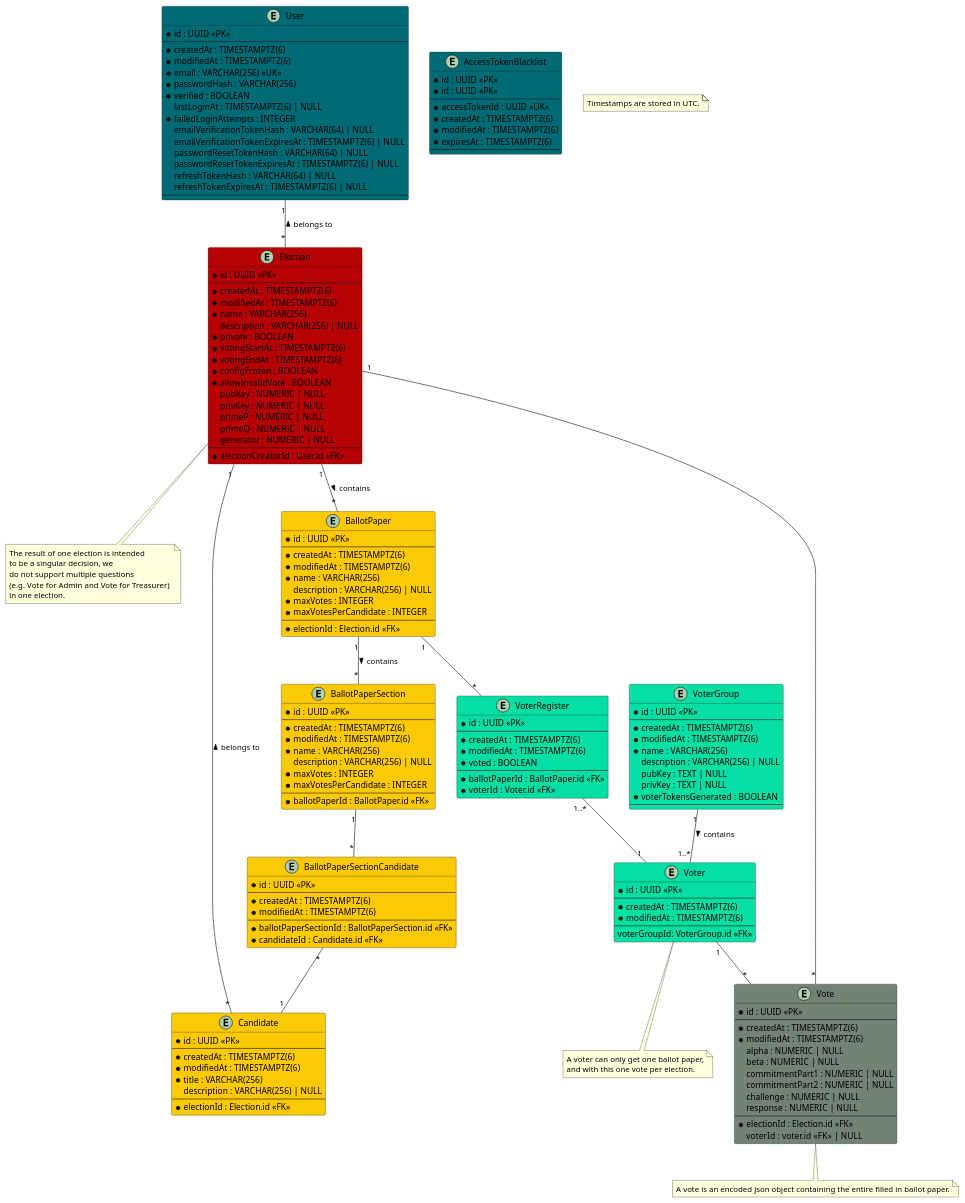
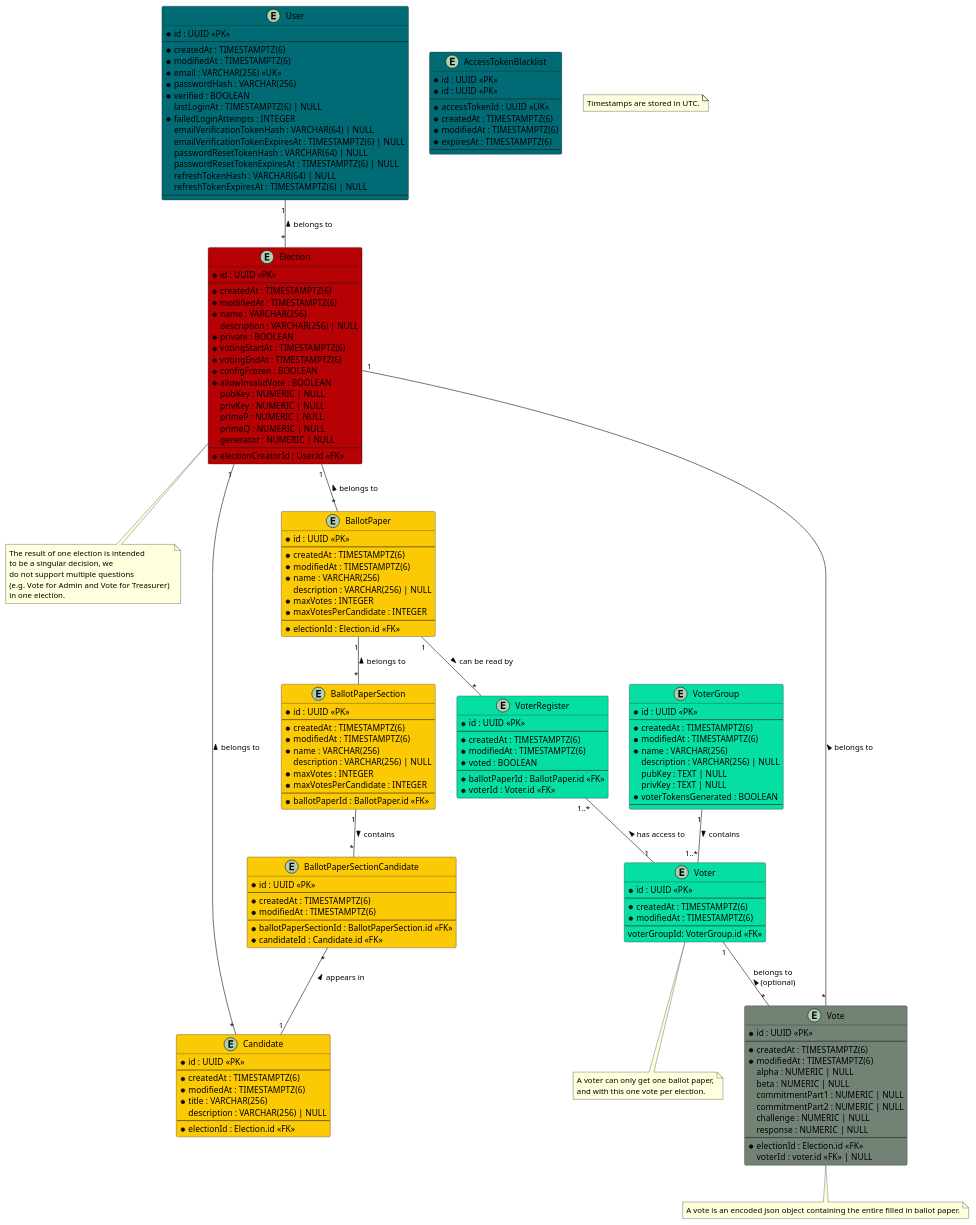
One commit to SE-UUlm/votura changed the diagram in apps/docs/static/uml/dataModel.puml. Above: the diagram before and after it, drawn with PlantUML. The commit also changed 4 other files, not shown here.

```diff
--- a/apps/docs/static/uml/dataModel.puml
+++ b/apps/docs/static/uml/dataModel.puml
@@ -1,194 +1,194 @@
 @startuml dataModel
 
 entity "User" as user #006b75 {
     * id : UUID <<PK>>
     --
     * createdAt : TIMESTAMPTZ(6)
     * modifiedAt : TIMESTAMPTZ(6)
     * email : VARCHAR(256) <<UK>>
     * passwordHash : VARCHAR(256)
     * verified : BOOLEAN
     lastLoginAt : TIMESTAMPTZ(6) | NULL
     ' failed login attempts get reset on successful login
     * failedLoginAttempts : INTEGER
     emailVerificationTokenHash : VARCHAR(64) | NULL
     emailVerificationTokenExpiresAt : TIMESTAMPTZ(6) | NULL
     passwordResetTokenHash : VARCHAR(64) | NULL
     passwordResetTokenExpiresAt : TIMESTAMPTZ(6) | NULL
     refreshTokenHash : VARCHAR(64) | NULL
     refreshTokenExpiresAt : TIMESTAMPTZ(6) | NULL
     --
 }
 
 entity "AccessTokenBlacklist" as jwtBlacklist #006b75 {
     ' this table is used to store blacklisted access tokens
     ' The jti is 36 characters long if we use UUIDv4
     * id : UUID <<PK>>
     * id : UUID <<PK>>
     --
     * accessTokenId : UUID <<UK>>
     * createdAt : TIMESTAMPTZ(6)
     * modifiedAt : TIMESTAMPTZ(6)
     * expiresAt : TIMESTAMPTZ(6)
     --
 }
 
 entity "Election" as elections #b60205 {
     * id : UUID <<PK>>
     --
     * createdAt : TIMESTAMPTZ(6)
     * modifiedAt : TIMESTAMPTZ(6)
     * name : VARCHAR(256)
     description : VARCHAR(256) | NULL
     * private : BOOLEAN
     * votingStartAt : TIMESTAMPTZ(6)
     * votingEndAt : TIMESTAMPTZ(6)
     * configFrozen : BOOLEAN
     * allowInvalidVote : BOOLEAN
     ' Is there a use case for `votesCounted`?
     ' * votesCounted : BOOLEAN
     ' * votesCounted : BOOLEAN
     ' Computed values such as validVotes and invalidVotes are critical - do we really want to store them?
     ' validVotes : NUMERIC | NULL
     ' invalidVotes : NUMERIC | NULL
     pubKey : NUMERIC | NULL
     privKey : NUMERIC | NULL
     primeP : NUMERIC | NULL
     primeQ : NUMERIC | NULL
     generator : NUMERIC | NULL
     --
     * electionCreatorId : User.id <<FK>>
 }
 
 note as N2
 The result of one election is intended 
 to be a singular decision, we 
 do not support multiple questions 
 (e.g. Vote for Admin and Vote for Treasurer) 
 in one election.
 end note
 
 entity "BallotPaper" as ballotPapers #fbca04 {
     * id : UUID <<PK>>
     --
     * createdAt : TIMESTAMPTZ(6)
     * modifiedAt : TIMESTAMPTZ(6)
     * name : VARCHAR(256)
     description : VARCHAR(256) | NULL
     * maxVotes : INTEGER
     * maxVotesPerCandidate : INTEGER
     --
     * electionId : Election.id <<FK>>
 }
 
 entity "BallotPaperSection" as ballotPaperSections #fbca04 {
     * id : UUID <<PK>>
     --
     * createdAt : TIMESTAMPTZ(6)
     * modifiedAt : TIMESTAMPTZ(6)
     * name : VARCHAR(256)
     description : VARCHAR(256) | NULL
     * maxVotes : INTEGER
     * maxVotesPerCandidate : INTEGER
     --
     * ballotPaperId : BallotPaper.id <<FK>>
 }
 
 entity "BallotPaperSectionCandidate" as ballotPaperSectionCandidates #fbca04 {
     * id : UUID <<PK>>
     --
     * createdAt : TIMESTAMPTZ(6)
     * modifiedAt : TIMESTAMPTZ(6)
     --
     * ballotPaperSectionId : BallotPaperSection.id <<FK>>
     * candidateId : Candidate.id <<FK>>
 }
 
 entity "Candidate" as candidates #fbca04 {
     * id : UUID <<PK>>
     --
     * createdAt : TIMESTAMPTZ(6)
     * modifiedAt : TIMESTAMPTZ(6)
     * title : VARCHAR(256)
     description : VARCHAR(256) | NULL
     --
     * electionId : Election.id <<FK>>
 }
 
 entity "Vote" as votes #728376 {
     * id : UUID <<PK>>
     --
     * createdAt : TIMESTAMPTZ(6)
     * modifiedAt : TIMESTAMPTZ(6)
     alpha : NUMERIC | NULL
     beta : NUMERIC | NULL
     commitmentPart1 : NUMERIC | NULL
     commitmentPart2 : NUMERIC | NULL
     challenge : NUMERIC | NULL
     response : NUMERIC | NULL
     --
     * electionId : Election.id <<FK>>
     ' if the vote isn't secret, voter can be saved
     voterId : voter.id <<FK>> | NULL
 }
 note as N4
 A vote is an encoded json object containing the entire filled in ballot paper.
 end note
 
 entity "VoterRegister" as voterRegisters #05DFA3 {
     * id : UUID <<PK>>
     --
     * createdAt : TIMESTAMPTZ(6)
     * modifiedAt : TIMESTAMPTZ(6)
     * voted : BOOLEAN
     --
     * ballotPaperId : BallotPaper.id <<FK>>
     * voterId : Voter.id <<FK>>
 }
 
 entity "Voter" as voters #05DFA3 {
     * id : UUID <<PK>>
     --
     * createdAt : TIMESTAMPTZ(6)
     * modifiedAt : TIMESTAMPTZ(6)
     --
     voterGroupId: VoterGroup.id <<FK>>
 }
 note as N3
 A voter can only get one ballot paper,
 and with this one vote per election.
 end note
 
 entity "VoterGroup" as voterGroups #05DFA3 {
     * id : UUID <<PK>>
     --
     * createdAt : TIMESTAMPTZ(6)
     * modifiedAt : TIMESTAMPTZ(6)
     * name : VARCHAR(256)
     description : VARCHAR(256) | NULL
     pubKey : TEXT | NULL
     privKey : TEXT | NULL
     * voterTokensGenerated : BOOLEAN
     --
 }
 
 note as N1
 Timestamps are stored in UTC.
 end note
 
 user "1"--"*" elections : belongs to <
-elections "1"--"*" ballotPapers : contains >
+elections "1"--"*" ballotPapers : belongs to <
 elections -- N2
 elections "1"--"*" candidates : belongs to <
-ballotPapers "1"--"*" voterRegisters
-voterRegisters "1..*"--"1" voters
-ballotPapers "1"--"*" ballotPaperSections : contains >
-ballotPaperSections "1"--"*" ballotPaperSectionCandidates
-ballotPaperSectionCandidates "*"--"1" candidates
-votes "*"--"1" elections
-voters "1"--"*" votes
+ballotPapers "1"--"*" voterRegisters : can be read by >
+voterRegisters "1..*"--"1" voters : has access to <
+ballotPapers "1"--"*" ballotPaperSections : belongs to <
+ballotPaperSections "1"--"*" ballotPaperSectionCandidates : contains >
+ballotPaperSectionCandidates "*"--"1" candidates : appears in <
+votes "*"--"1" elections : belongs to >
+voters "1"--"*" votes : belongs to \n (optional) <
 voterGroups "1"--"1..*" voters : contains >
 voters -- N3
 votes -- N4
 
 @enduml
```
